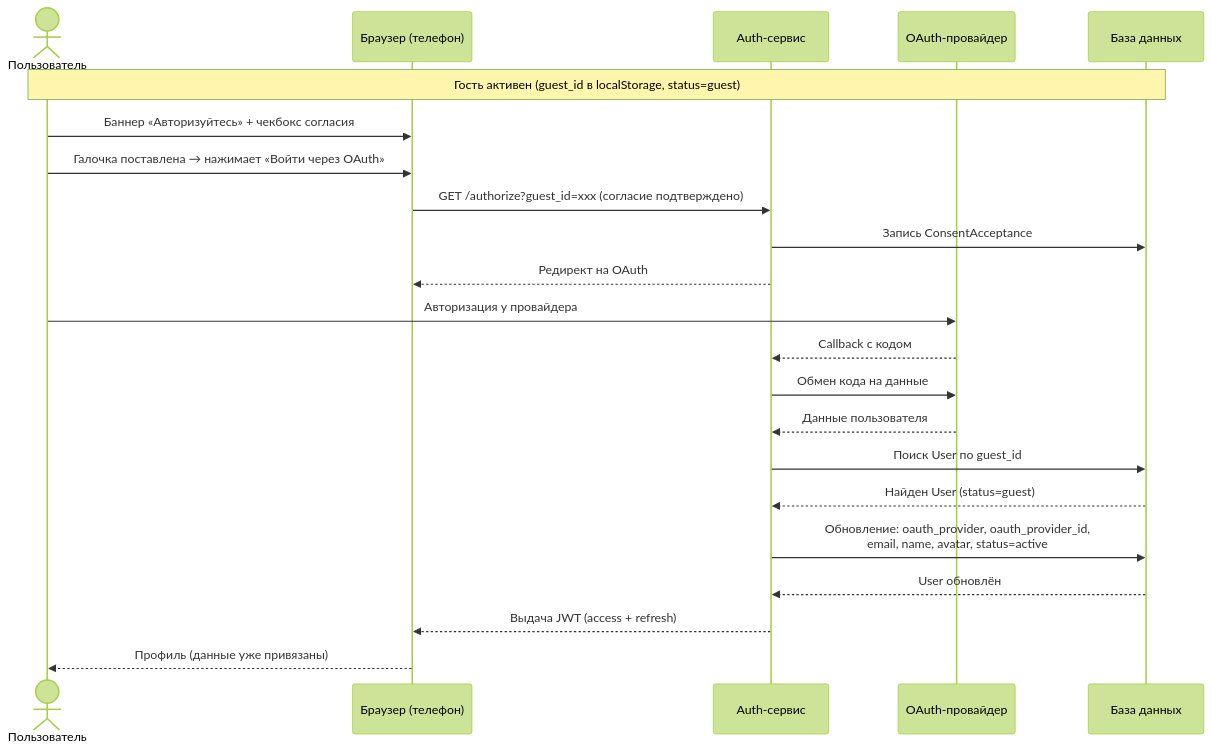
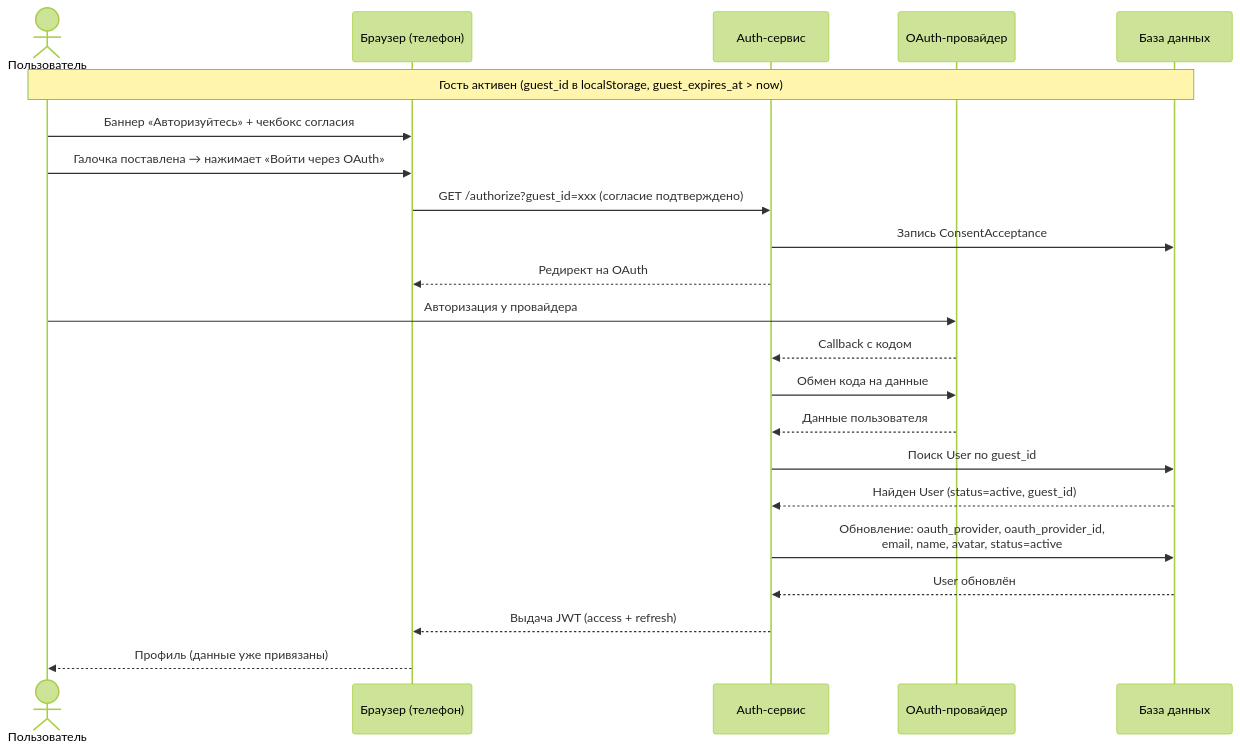
Before and after one commit to atlassys-smm/RZN: the fifth of 6 diagrams in docs/concept/registration-profile.md, drawn with Mermaid (forest theme). The commit also changed other lines of this file and 34 other files, not shown here.

````diff
--- a/docs/concept/registration-profile.md
+++ b/docs/concept/registration-profile.md
@@ -142,29 +142,29 @@
 ```mermaid
 sequenceDiagram
     actor User as Пользователь
     participant Browser as Браузер (телефон)
     participant Auth as Auth-сервис
     participant OAuth as OAuth-провайдер
     participant DB as База данных
 
-    Note over User,DB: Гость активен (guest_id в localStorage, status=guest)
+    Note over User,DB: Гость активен (guest_id в localStorage, guest_expires_at > now)
 
     User->>Browser: Баннер «Авторизуйтесь» + чекбокс согласия
     User->>Browser: Галочка поставлена → нажимает «Войти через OAuth»
     Browser->>Auth: GET /authorize?guest_id=xxx (согласие подтверждено)
     Auth->>DB: Запись ConsentAcceptance
     Auth-->>Browser: Редирект на OAuth
     User->>OAuth: Авторизация у провайдера
     OAuth-->>Auth: Callback с кодом
     Auth->>OAuth: Обмен кода на данные
     OAuth-->>Auth: Данные пользователя
 
     Auth->>DB: Поиск User по guest_id
-    DB-->>Auth: Найден User (status=guest)
+    DB-->>Auth: Найден User (status=active, guest_id)
 
     Auth->>DB: Обновление: oauth_provider, oauth_provider_id,<br/>email, name, avatar, status=active
     DB-->>Auth: User обновлён
 
     Auth-->>Browser: Выдача JWT (access + refresh)
     Browser-->>User: Профиль (данные уже привязаны)
 ```
````
